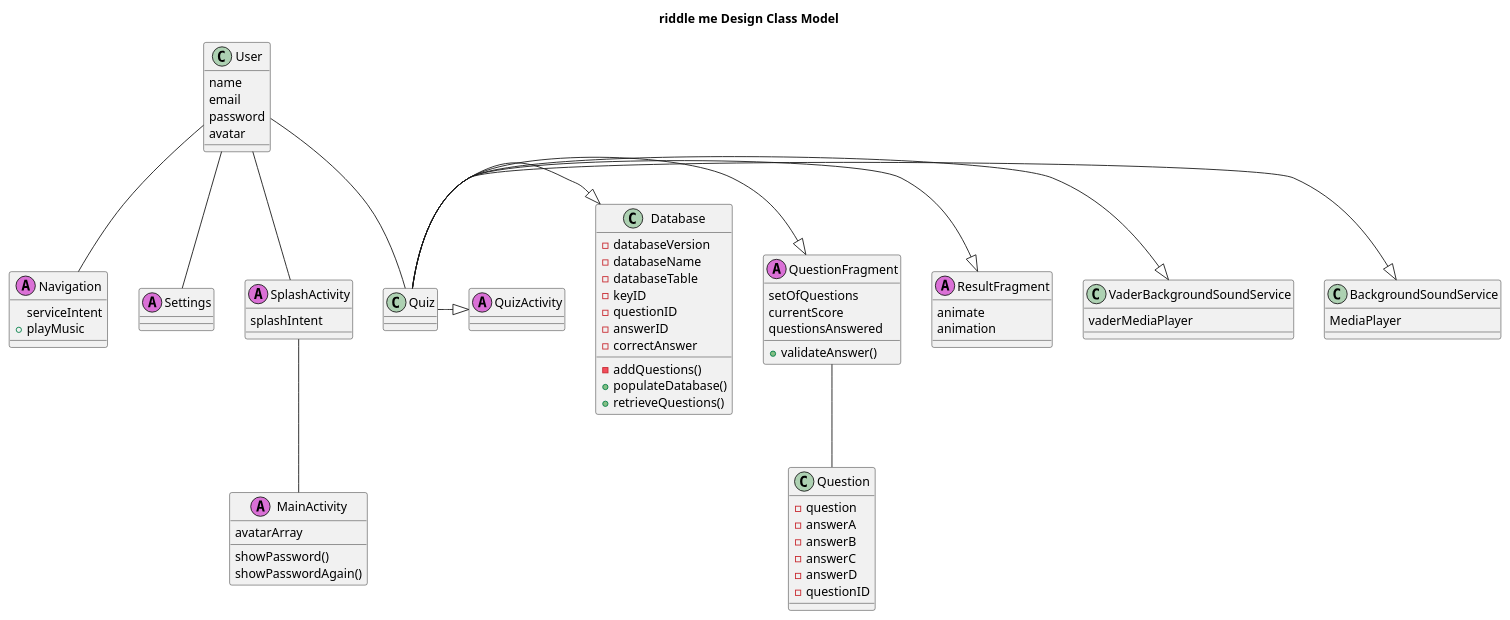
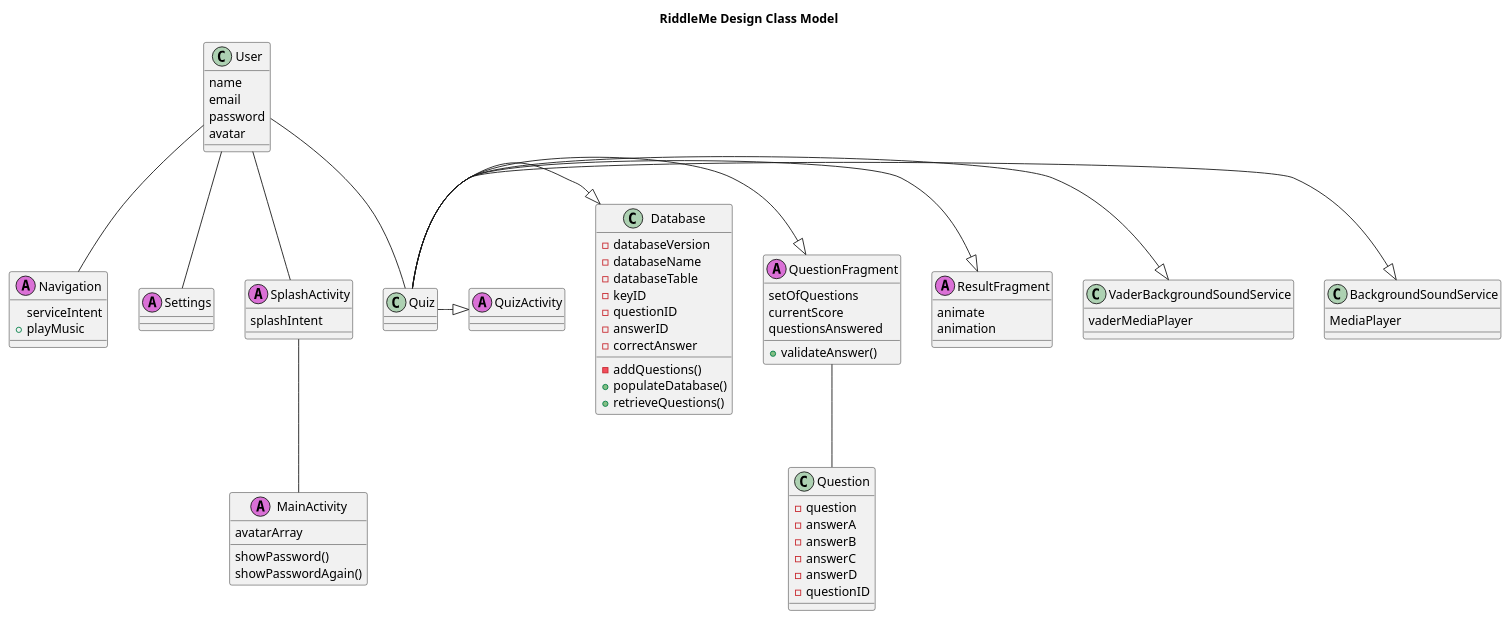
The diagram in app/UML/design-class-diagram.puml (brandontoups/RiddleMe), drawn with PlantUML before and after one commit. The commit also changed 18 other files, not shown here.

Commit message:
Add rendered PlantUML to UML directory.

```diff
--- a/app/UML/design-class-diagram.puml
+++ b/app/UML/design-class-diagram.puml
@@ -1,87 +1,87 @@
 @startuml
 
 ' name:     Brandon Toups, Evan McCarthy
 ' email:    bmt0015        esm0012
 ' class:    COMP3710-001
 ' date:     3 May 2018ƒ
 ' file:     design-class-diagram.puml
 
-title riddle me Design Class Model
+title RiddleMe Design Class Model
 
 class BackgroundSoundService {
     MediaPlayer
 } 
 class VaderBackgroundSoundService {
     vaderMediaPlayer
 }
 class Database {
     -databaseVersion
     -databaseName
     -databaseTable
     -keyID
     -questionID
     -answerID
     -correctAnswer
     -addQuestions()
     +populateDatabase()
     +retrieveQuestions()
 }
 class MainActivity << (A,orchid) >> {
     avatarArray
     showPassword()
     showPasswordAgain()
 }
 class Navigation << (A,orchid) >> {
     serviceIntent
     +playMusic
 }
 class Question {
     -question
     -answerA
     -answerB
     -answerC
     -answerD
     -questionID
 }
 class QuestionFragment << (A,orchid) >> {
     setOfQuestions
     currentScore
     questionsAnswered
     +validateAnswer()
 }
 class QuizActivity << (A,orchid) >> {
 
 }
 class ResultFragment << (A,orchid) >> {
     animate
     animation
 }
 class Settings << (A,orchid) >> {
 
 }
 class SplashActivity << (A,orchid) >> {
     splashIntent
 }
 class User {
     name
     email
     password
     avatar
 
 
 }
 
 User -- Settings
 User -- Navigation
 User -- SplashActivity
 SplashActivity -- MainActivity
 User -- Quiz
 Quiz -|> QuestionFragment
 Quiz -|> BackgroundSoundService
 Quiz -|> VaderBackgroundSoundService
 Quiz -|> ResultFragment
 Quiz -|> Database
 QuestionFragment -- Question
 Quiz -|> QuizActivity
 
 @enduml
```
